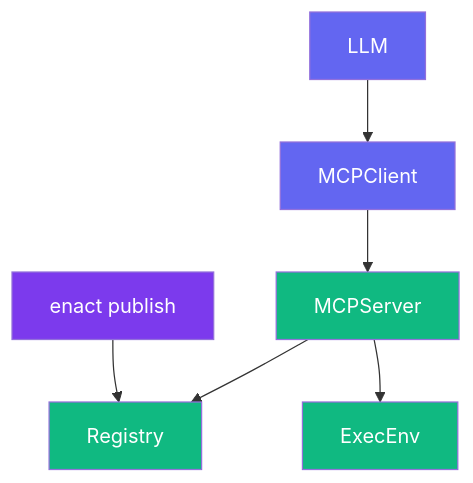
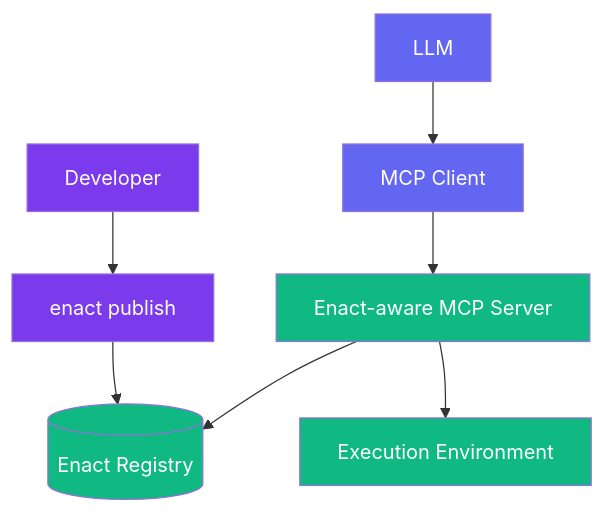
Before and after one commit to EnactProtocol/encat-spec-and-tools: the diagram in README.md, drawn with Mermaid. The commit also changed other lines of this file, not shown here.

````diff
--- a/README.md
+++ b/README.md
@@ -110,15 +106,18 @@
 ```mermaid
 flowchart TB
-    CLI["enact publish"] --> Registry
-    LLM --> MCPClient --> MCPServer
+    Dev[Developer] --> CLI["enact publish"]
+    CLI --> Registry[(Enact Registry)]
+    
+    LLM --> MCPClient["MCP Client"]
+    MCPClient --> MCPServer["Enact-aware MCP Server"]
     MCPServer --> Registry
-    MCPServer --> ExecEnv
+    MCPServer --> ExecEnv["Execution Environment"]
 
     classDef ai fill:#6366F1,color:white
     classDef enact fill:#10B981,color:white
     classDef dev fill:#7C3AED,color:white
 
     class LLM,MCPClient ai
     class Registry,ExecEnv,MCPServer enact
-    class CLI dev
+    class Dev,CLI dev
 ```
````
